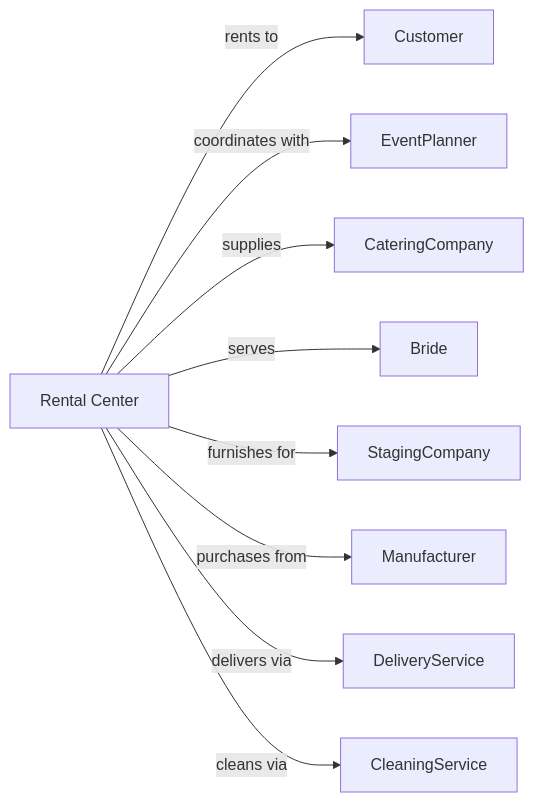
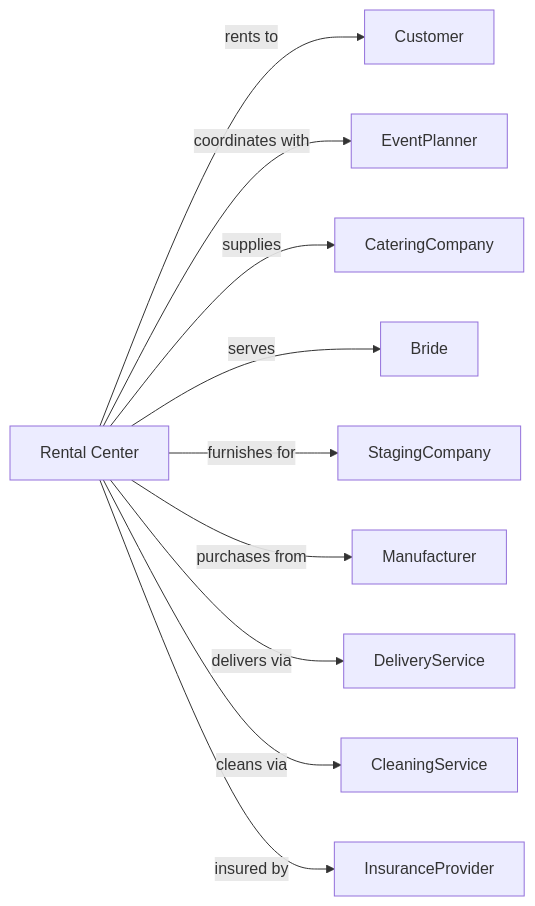
One commit to dot-org-ai/industries.org.ai changed the second of 2 diagrams in RealEstate/RentalAndLeasingServices/ConsumerGoodsRental/AllOtherConsumerGoodsRental.mdx. Above: the diagram before and after it, drawn with Mermaid. The commit also changed other lines of this file and 588 other files, not shown here.

````diff
--- a/RealEstate/RentalAndLeasingServices/ConsumerGoodsRental/AllOtherConsumerGoodsRental.mdx
+++ b/RealEstate/RentalAndLeasingServices/ConsumerGoodsRental/AllOtherConsumerGoodsRental.mdx
@@ -134,13 +134,14 @@
 ```mermaid
 graph LR
     R[Rental Center]
 
     R -->|rents to| Customer
     R -->|coordinates with| EventPlanner
     R -->|supplies| CateringCompany
     R -->|serves| Bride
     R -->|furnishes for| StagingCompany
     R -->|purchases from| Manufacturer
     R -->|delivers via| DeliveryService
     R -->|cleans via| CleaningService
+    R -->|insured by| InsuranceProvider
 ```
````
